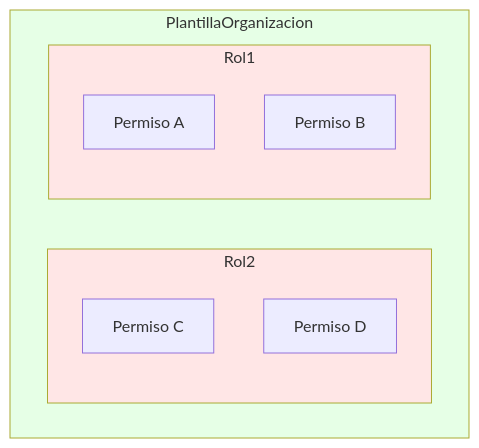
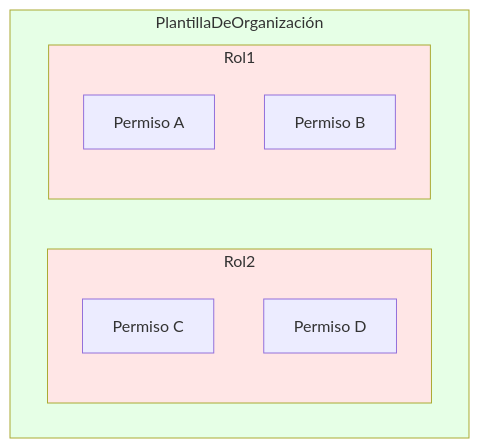
One commit to logto-io/docs changed the fourth of 7 diagrams in i18n/es/docusaurus-plugin-content-docs/current/use-cases/multi-tenancy/build-multi-tenant-saas-application.mdx. Above: the diagram before and after it, drawn with Mermaid. The commit also changed other lines of this file and 74 other files, not shown here.

````diff
--- a/i18n/es/docusaurus-plugin-content-docs/current/use-cases/multi-tenancy/build-multi-tenant-saas-application.mdx
+++ b/i18n/es/docusaurus-plugin-content-docs/current/use-cases/multi-tenancy/build-multi-tenant-saas-application.mdx
@@ -260,18 +260,18 @@
 ```mermaid
 graph TD
-    subgraph plantilla_organizacion[PlantillaOrganizacion]
+    subgraph plantilla_organización[PlantillaDeOrganización]
         subgraph rol_2[Rol2]
             permiso_c[Permiso C]
             permiso_d[Permiso D]
         end
 
         subgraph rol_1[Rol1]
             permiso_a[Permiso A]
             permiso_b[Permiso B]
         end
     end
 
-    style plantilla_organizacion fill:#e6ffe6
+    style plantilla_organización fill:#e6ffe6
     style rol_1 fill:#ffe6e6
     style rol_2 fill:#ffe6e6
 ```
````
